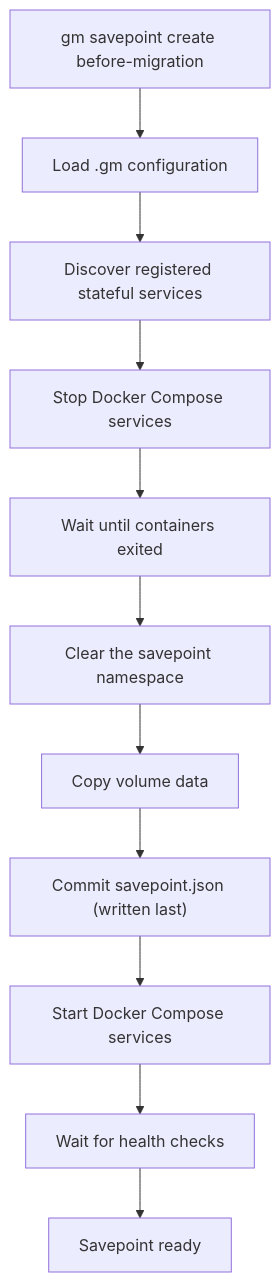
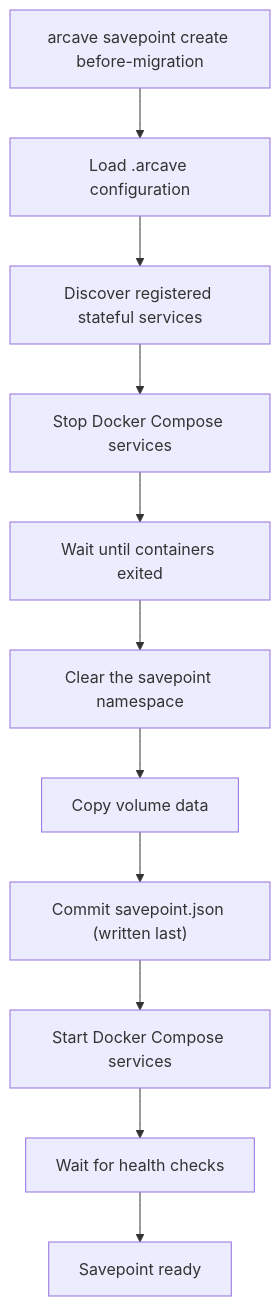
The first of 2 diagrams in doc/spec.md (GreenmaskIO/arcave), drawn with Mermaid before and after one commit. The commit also changed other lines of this file and 109 other files, not shown here.

````diff
--- a/doc/spec.md
+++ b/doc/spec.md
@@ -53,14 +53,14 @@
 ```mermaid
 flowchart TD
-    A["gm savepoint create before-migration"]
-    A --> B["Load .gm configuration"]
+    A["arcave savepoint create before-migration"]
+    A --> B["Load .arcave configuration"]
     B --> C["Discover registered stateful services"]
     C --> D["Stop Docker Compose services"]
     D --> E["Wait until containers exited"]
     E --> F["Clear the savepoint namespace"]
     F --> G["Copy volume data"]
     G --> H["Commit savepoint.json (written last)"]
     H --> I["Start Docker Compose services"]
     I --> J["Wait for health checks"]
     J --> K["Savepoint ready"]
 ```
````
